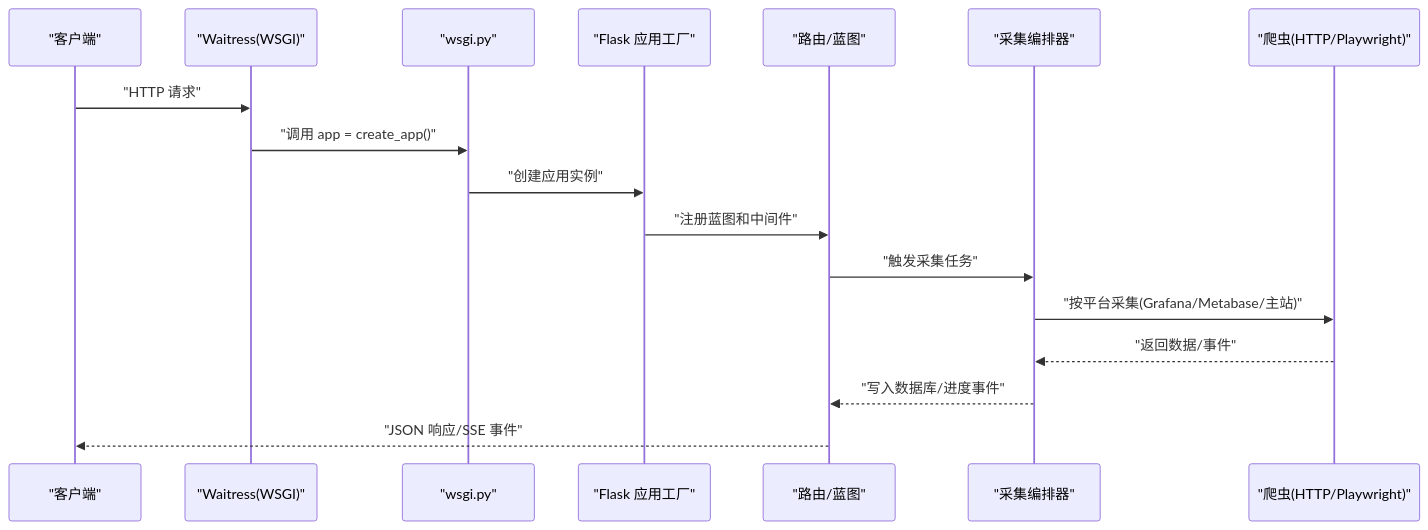
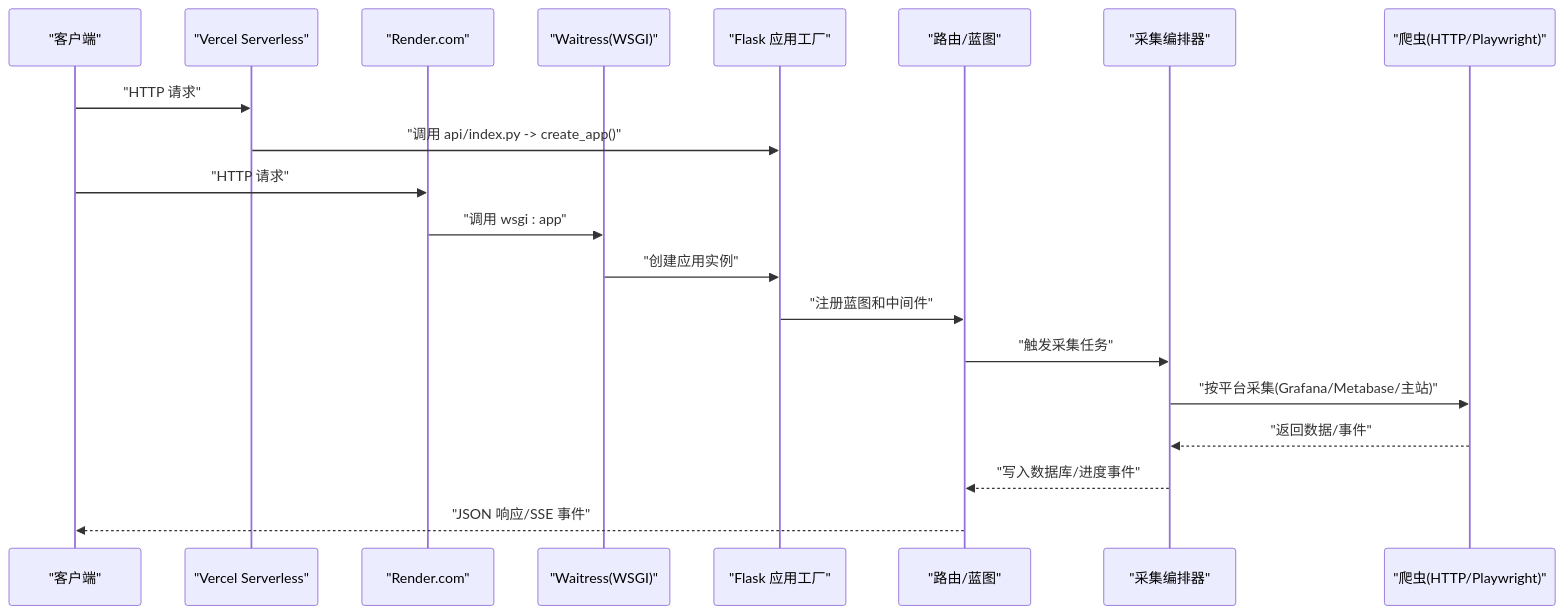
The second of 4 diagrams in .qoder/repowiki/zh/content/部署运维/部署运维.md (oreovan567-pixel/middle-platform-data-collector), drawn with Mermaid before and after one commit. The commit also changed other lines of this file and 9 other files, not shown here.

````diff
--- a/.qoder/repowiki/zh/content/部署运维/部署运维.md
+++ b/.qoder/repowiki/zh/content/部署运维/部署运维.md
@@ -125,19 +137,22 @@
 ```mermaid
 sequenceDiagram
 participant Client as "客户端"
+participant Vercel as "Vercel Serverless"
+participant Render as "Render.com"
 participant Waitress as "Waitress(WSGI)"
-participant WSGI as "wsgi.py"
-participant Flask as "Flask 应用工厂"
+participant App as "Flask 应用工厂"
 participant Routes as "路由/蓝图"
 participant Collector as "采集编排器"
 participant Scrapers as "爬虫(HTTP/Playwright)"
-Client->>Waitress : "HTTP 请求"
-Waitress->>WSGI : "调用 app = create_app()"
-WSGI->>Flask : "创建应用实例"
-Flask->>Routes : "注册蓝图和中间件"
+Client->>Vercel : "HTTP 请求"
+Vercel->>App : "调用 api/index.py -> create_app()"
+Client->>Render : "HTTP 请求"
+Render->>Waitress : "调用 wsgi : app"
+Waitress->>App : "创建应用实例"
+App->>Routes : "注册蓝图和中间件"
 Routes->>Collector : "触发采集任务"
 Collector->>Scrapers : "按平台采集(Grafana/Metabase/主站)"
 Scrapers-->>Collector : "返回数据/事件"
 Collector-->>Routes : "写入数据库/进度事件"
 Routes-->>Client : "JSON 响应/SSE 事件"
 ```
````
